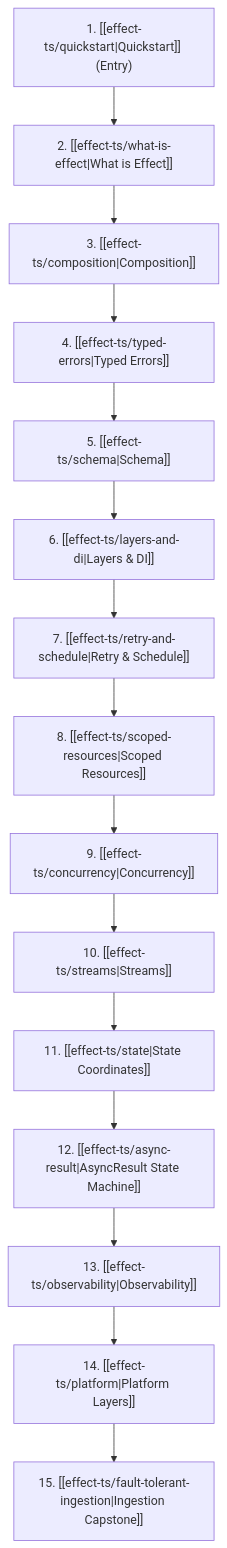
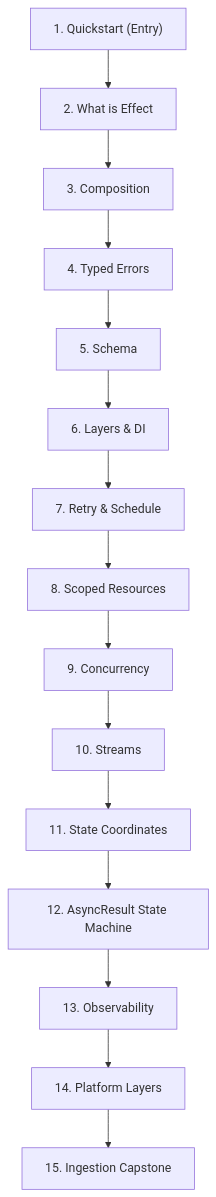
One commit to LOsioChico/knowledge-base changed the diagram in sites/docs/src/content/docs/effect-ts/index.mdx. Above: the diagram before and after it, drawn with Mermaid. The commit also changed 1 other file, not shown here.

Commit message:
fix(docs): replace raw wikilinks in Mermaid diagrams with plain labels
Mermaid doesn't understand [[slug|Label]] syntax — it renders the
brackets literally. Replace with plain text labels and add click
directives so nodes link to the actual pages.

Affected: effect-ts/index.mdx (15 nodes), system-design/index.mdx (8 nodes)

````diff
--- a/sites/docs/src/content/docs/effect-ts/index.mdx
+++ b/sites/docs/src/content/docs/effect-ts/index.mdx
@@ -56,17 +56,33 @@
 ```mermaid
 flowchart TD
-    QS["1. [[effect-ts/quickstart|Quickstart]] (Entry)"] --> WE["2. [[effect-ts/what-is-effect|What is Effect]]"]
-    WE --> COMP["3. [[effect-ts/composition|Composition]]"]
-    COMP --> ERR["4. [[effect-ts/typed-errors|Typed Errors]]"]
-    ERR --> SCH["5. [[effect-ts/schema|Schema]]"]
-    SCH --> LYR["6. [[effect-ts/layers-and-di|Layers & DI]]"]
-    LYR --> RET["7. [[effect-ts/retry-and-schedule|Retry & Schedule]]"]
-    RET --> SCP["8. [[effect-ts/scoped-resources|Scoped Resources]]"]
-    SCP --> CONC["9. [[effect-ts/concurrency|Concurrency]]"]
-    CONC --> STR["10. [[effect-ts/streams|Streams]]"]
-    STR --> ST["11. [[effect-ts/state|State Coordinates]]"]
-    ST --> AR["12. [[effect-ts/async-result|AsyncResult State Machine]]"]
-    AR --> OBS["13. [[effect-ts/observability|Observability]]"]
-    OBS --> PLT["14. [[effect-ts/platform|Platform Layers]]"]
-    PLT --> FT["15. [[effect-ts/fault-tolerant-ingestion|Ingestion Capstone]]"]
+    QS["1. Quickstart (Entry)"] --> WE["2. What is Effect"]
+    WE --> COMP["3. Composition"]
+    COMP --> ERR["4. Typed Errors"]
+    ERR --> SCH["5. Schema"]
+    SCH --> LYR["6. Layers & DI"]
+    LYR --> RET["7. Retry & Schedule"]
+    RET --> SCP["8. Scoped Resources"]
+    SCP --> CONC["9. Concurrency"]
+    CONC --> STR["10. Streams"]
+    STR --> ST["11. State Coordinates"]
+    ST --> AR["12. AsyncResult State Machine"]
+    AR --> OBS["13. Observability"]
+    OBS --> PLT["14. Platform Layers"]
+    PLT --> FT["15. Ingestion Capstone"]
+
+    click QS "/knowledge-base/effect-ts/quickstart/"
+    click WE "/knowledge-base/effect-ts/what-is-effect/"
+    click COMP "/knowledge-base/effect-ts/composition/"
+    click ERR "/knowledge-base/effect-ts/typed-errors/"
+    click SCH "/knowledge-base/effect-ts/schema/"
+    click LYR "/knowledge-base/effect-ts/layers-and-di/"
+    click RET "/knowledge-base/effect-ts/retry-and-schedule/"
+    click SCP "/knowledge-base/effect-ts/scoped-resources/"
+    click CONC "/knowledge-base/effect-ts/concurrency/"
+    click STR "/knowledge-base/effect-ts/streams/"
+    click ST "/knowledge-base/effect-ts/state/"
+    click AR "/knowledge-base/effect-ts/async-result/"
+    click OBS "/knowledge-base/effect-ts/observability/"
+    click PLT "/knowledge-base/effect-ts/platform/"
+    click FT "/knowledge-base/effect-ts/fault-tolerant-ingestion/"
 ```
````
